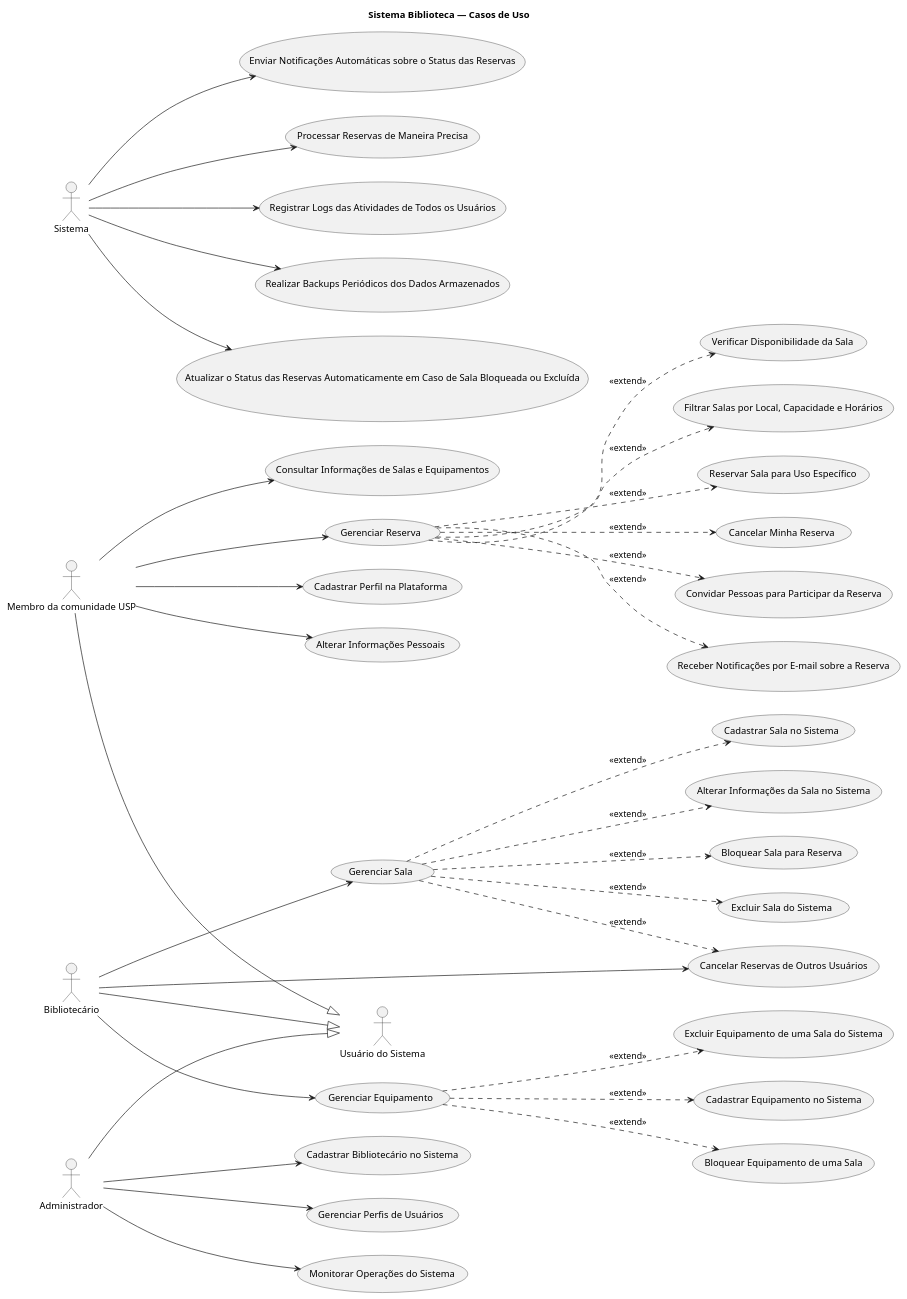
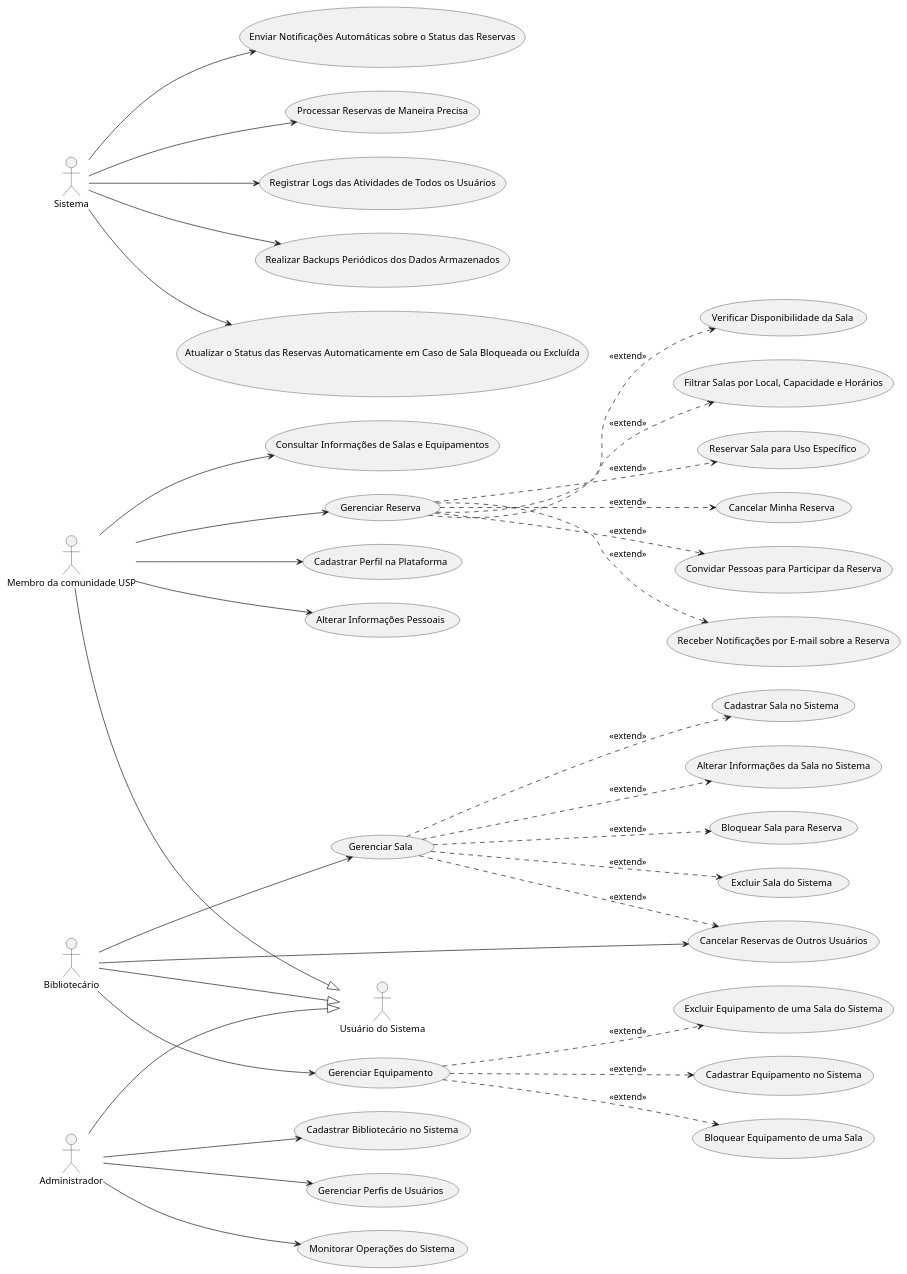
One commit to carloshenriquehannas/TCC changed the diagram in DescricaoAtividadesRealizadas/AvaliacaoDiretrizes/Sistema2-Biblioteca/casoUso-biblioteca.puml. Above: the diagram before and after it, drawn with PlantUML. The commit also changed 25 other files, not shown here.

```diff
--- a/DescricaoAtividadesRealizadas/AvaliacaoDiretrizes/Sistema2-Biblioteca/casoUso-biblioteca.puml
+++ b/DescricaoAtividadesRealizadas/AvaliacaoDiretrizes/Sistema2-Biblioteca/casoUso-biblioteca.puml
@@ -1,97 +1,96 @@
 @startuml casoUso-biblioteca
-title Sistema Biblioteca — Casos de Uso
 left to right direction 
 
 actor "Usuário do Sistema" as UsuarioDoSistema
 actor "Membro da comunidade USP" as MembroDaComunidadeUSP
 actor "Bibliotecário" as Bibliotecario
 actor "Administrador" as Administrador
 actor "Sistema" as Sistema
 
 MembroDaComunidadeUSP --|> UsuarioDoSistema
 Bibliotecario --|> UsuarioDoSistema
 Administrador --|> UsuarioDoSistema
 
 ' Casos de uso do Membro da comunidade USP
 usecase "Gerenciar Reserva" as UC_GerenciarReserva
 usecase "Cadastrar Perfil na Plataforma" as UC_CadastrarPerfil
 usecase "Alterar Informações Pessoais" as UC_AlterarInfos
 usecase "Consultar Informações de Salas e Equipamentos" as UC_ConsultarSalasEquip
 usecase "Verificar Disponibilidade da Sala" as UC_VerificarDisponibilidade
 usecase "Filtrar Salas por Local, Capacidade e Horários" as UC_FiltrarSalas
 usecase "Reservar Sala para Uso Específico" as UC_ReservarSala
 usecase "Cancelar Minha Reserva" as UC_CancelarReserva
 usecase "Convidar Pessoas para Participar da Reserva" as UC_ConvidarPessoas
 usecase "Receber Notificações por E-mail sobre a Reserva" as UC_ReceberNotificacoes
 
 ' Associações do ator Membro da comunidade USP
 MembroDaComunidadeUSP --> UC_CadastrarPerfil
 MembroDaComunidadeUSP --> UC_AlterarInfos
 MembroDaComunidadeUSP --> UC_ConsultarSalasEquip
 MembroDaComunidadeUSP --> UC_GerenciarReserva
 
 ' Casos de uso relacionados à reserva (extend partindo de "Gerenciar Reserva")
 
 UC_GerenciarReserva ..> UC_ReceberNotificacoes : <<extend>>
 UC_GerenciarReserva ..> UC_FiltrarSalas : <<extend>>
 UC_GerenciarReserva ..> UC_VerificarDisponibilidade : <<extend>>
 UC_GerenciarReserva ..> UC_ReservarSala : <<extend>>
 UC_GerenciarReserva ..> UC_CancelarReserva : <<extend>>
 UC_GerenciarReserva ..> UC_ConvidarPessoas : <<extend>>
 
 
 ' Casos de uso do Administrador
 usecase "Gerenciar Perfis de Usuários" as UC_Admin_GerenciarPerfis
 usecase "Monitorar Operações do Sistema" as UC_Admin_MonitorarOperacoes
 usecase "Cadastrar Bibliotecário no Sistema" as UC_Admin_CadastrarBibliotecario
 
 ' Associações do ator Administrador
 Administrador --> UC_Admin_GerenciarPerfis
 Administrador --> UC_Admin_MonitorarOperacoes
 Administrador --> UC_Admin_CadastrarBibliotecario
 
 ' Casos de uso do Bibliotecário
 usecase "Gerenciar Sala" as UC_Bib_GerenciarSala
 usecase "Cadastrar Sala no Sistema" as UC_Bib_CadastrarSala
 usecase "Alterar Informações da Sala no Sistema" as UC_Bib_AlterarSala
 usecase "Bloquear Sala para Reserva" as UC_Bib_BloquearSala
 usecase "Excluir Sala do Sistema" as UC_Bib_ExcluirSala
 
 usecase "Gerenciar Equipamento" as UC_Bib_GerenciarEquipamento
 usecase "Cadastrar Equipamento no Sistema" as UC_Bib_CadastrarEquipamento
 usecase "Bloquear Equipamento de uma Sala" as UC_Bib_BloquearEquipamento
 usecase "Excluir Equipamento de uma Sala do Sistema" as UC_Bib_ExcluirEquipamento
 
 usecase "Cancelar Reservas de Outros Usuários" as UC_Bib_CancelarReservasOutros
 
 ' Associações do ator Bibliotecário
 Bibliotecario --> UC_Bib_GerenciarSala
 Bibliotecario --> UC_Bib_GerenciarEquipamento
 Bibliotecario --> UC_Bib_CancelarReservasOutros
 
 ' Extensões a partir de "Gerenciar Sala"
 UC_Bib_GerenciarSala ..> UC_Bib_CadastrarSala : <<extend>>
 UC_Bib_GerenciarSala ..> UC_Bib_AlterarSala : <<extend>>
 UC_Bib_GerenciarSala ..> UC_Bib_BloquearSala : <<extend>>
 UC_Bib_GerenciarSala ..> UC_Bib_ExcluirSala : <<extend>>
 UC_Bib_GerenciarSala ..> UC_Bib_CancelarReservasOutros : <<extend>>
 
 ' Extensões a partir de "Gerenciar Equipamento"
 UC_Bib_GerenciarEquipamento ..> UC_Bib_CadastrarEquipamento : <<extend>>
 UC_Bib_GerenciarEquipamento ..> UC_Bib_BloquearEquipamento : <<extend>>
 UC_Bib_GerenciarEquipamento ..> UC_Bib_ExcluirEquipamento : <<extend>>
 
 ' Casos de uso do Sistema
 usecase "Enviar Notificações Automáticas sobre o Status das Reservas" as UC_Sis_EnviarNotificacoes
 usecase "Processar Reservas de Maneira Precisa" as UC_Sis_ProcessarReservas
 usecase "Registrar Logs das Atividades de Todos os Usuários" as UC_Sis_RegistrarLogs
 usecase "Realizar Backups Periódicos dos Dados Armazenados" as UC_Sis_BackupsPeriodicos
 usecase "Atualizar o Status das Reservas Automaticamente em Caso de Sala Bloqueada ou Excluída" as UC_Sis_AtualizarStatusReservas
 
 ' Associações do ator Sistema
 Sistema --> UC_Sis_EnviarNotificacoes
 Sistema --> UC_Sis_ProcessarReservas
 Sistema --> UC_Sis_RegistrarLogs
 Sistema --> UC_Sis_BackupsPeriodicos
 Sistema --> UC_Sis_AtualizarStatusReservas
 @enduml
```
